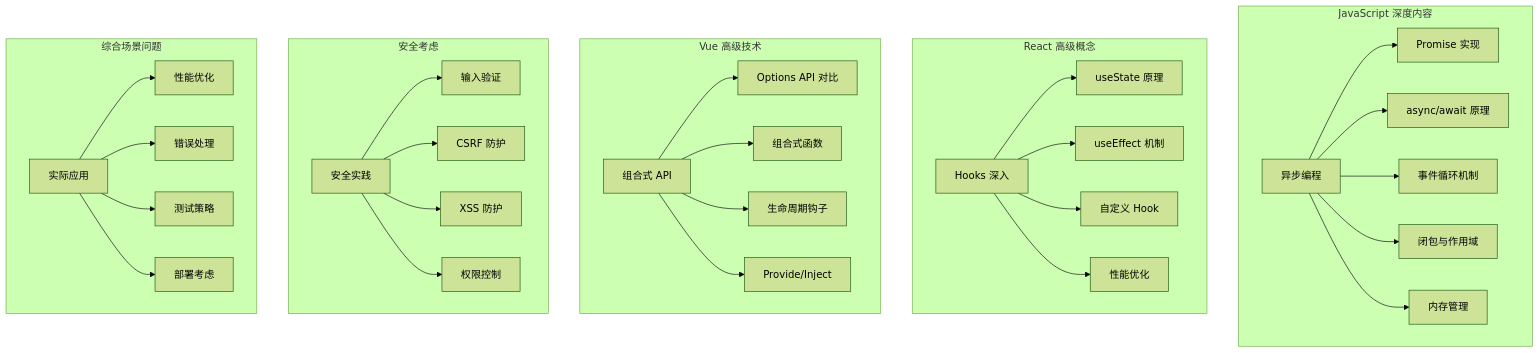
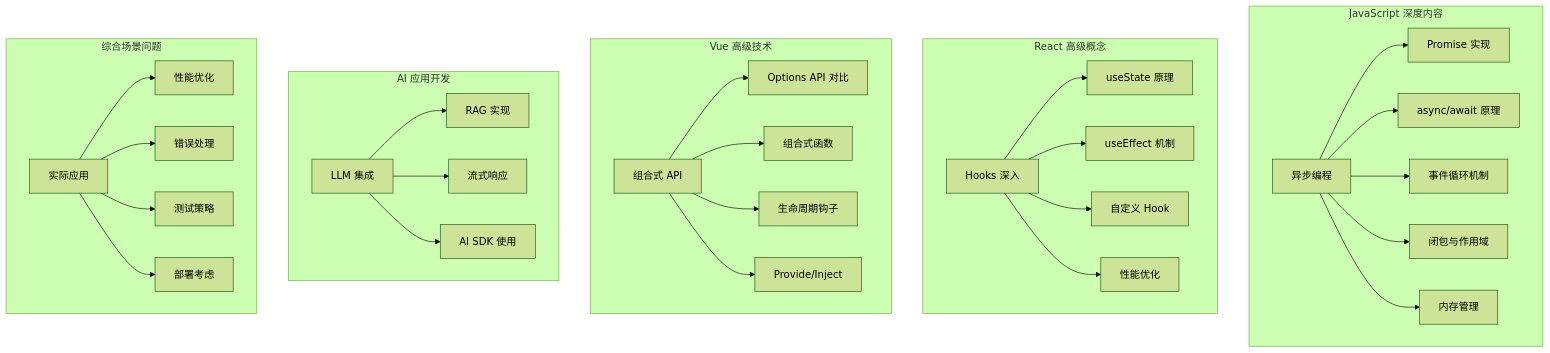
One commit to UnicornXU/knowledge-base changed diagram 11 of 15 in .qoder/repowiki/zh/content/JavaScript 基础知识/交互式学习系统/测验系统.md. Above: the diagram before and after it, drawn with Mermaid (forest theme). The commit also changed other lines of this file and 7 other files, not shown here.

````diff
--- a/.qoder/repowiki/zh/content/JavaScript 基础知识/交互式学习系统/测验系统.md
+++ b/.qoder/repowiki/zh/content/JavaScript 基础知识/交互式学习系统/测验系统.md
@@ -362,34 +439,33 @@
 ```mermaid
 graph TB
 subgraph "JavaScript 深度内容"
 A[异步编程] --> B[Promise 实现]
 A --> C[async/await 原理]
 A --> D[事件循环机制]
 A --> E[闭包与作用域]
 A --> F[内存管理]
 end
 subgraph "React 高级概念"
 G[Hooks 深入] --> H[useState 原理]
 G --> I[useEffect 机制]
 G --> J[自定义 Hook]
 G --> K[性能优化]
 end
 subgraph "Vue 高级技术"
 L[组合式 API] --> M[Options API 对比]
 L --> N[组合式函数]
 L --> O[生命周期钩子]
 L --> P[Provide/Inject]
 end
-subgraph "安全考虑"
-Q[安全实践] --> R[输入验证]
-Q --> S[CSRF 防护]
-Q --> T[XSS 防护]
-Q --> U[权限控制]
+subgraph "AI 应用开发"
+Q[LLM 集成] --> R[RAG 实现]
+Q --> S[流式响应]
+Q --> T[AI SDK 使用]
 end
 subgraph "综合场景问题"
 V[实际应用] --> W[性能优化]
 V --> X[错误处理]
 V --> Y[测试策略]
 V --> Z[部署考虑]
 end
 ```
````
